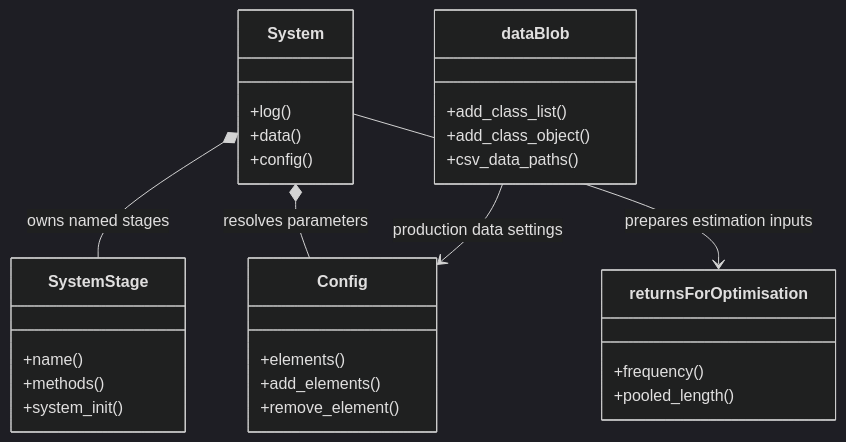
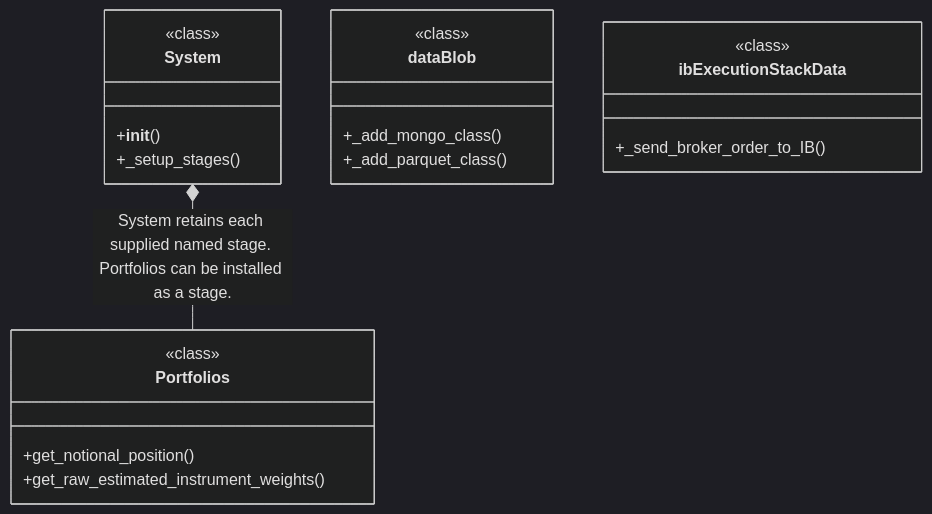
The second of 4 diagrams in docs/ayu-develop.md (alexcwyu/pysystemtrade), drawn with Mermaid (dark theme) before and after one commit. The commit also changed other lines of this file and 13 other files, not shown here.

Commit message:
docs: standardize source-reviewed system guides and offline diagrams

````diff
--- a/docs/ayu-develop.md
+++ b/docs/ayu-develop.md
@@ -35,31 +86,23 @@
 ```mermaid
 classDiagram
-    class System {
-        +log()
-        +data()
-        +config()
-    }
-    class SystemStage {
-        +name()
-        +methods()
-        +system_init()
-    }
-    class Config {
-        +elements()
-        +add_elements()
-        +remove_element()
-    }
-    class dataBlob {
-        +add_class_list()
-        +add_class_object()
-        +csv_data_paths()
-    }
-    class returnsForOptimisation {
-        +frequency()
-        +pooled_length()
-    }
-    System *-- SystemStage : owns named stages
-    System *-- Config : resolves parameters
-    System --> returnsForOptimisation : prepares estimation inputs
-    dataBlob --> Config : production data settings
+  class N0["System"] {
+    <<class>>
+    +__init__()
+    +_setup_stages()
+  }
+  class N1["Portfolios"] {
+    <<class>>
+    +get_notional_position()
+    +get_raw_estimated_instrument_weights()
+  }
+  class N2["dataBlob"] {
+    <<class>>
+    +_add_mongo_class()
+    +_add_parquet_class()
+  }
+  class N3["ibExecutionStackData"] {
+    <<class>>
+    +_send_broker_order_to_IB()
+  }
+  N0 *-- N1 : System retains each supplied named stage. Portfolios can be installed as a stage.
 ```
````
